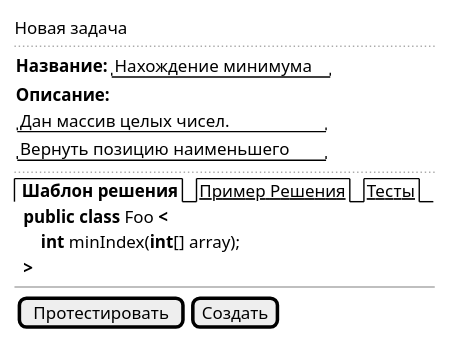
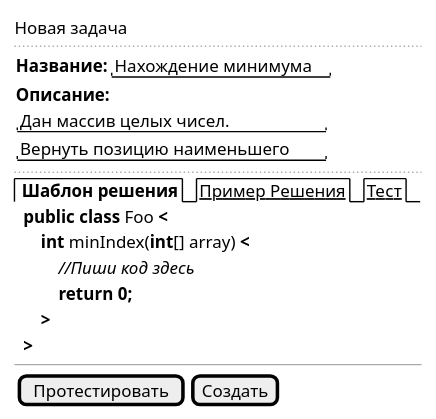
The diagram in design/ui/challenge/create.puml (Daemon712/foobarbaz-backend), drawn with PlantUML before and after one commit.

Commit message:
fix create challenge design

```diff
--- a/design/ui/challenge/create.puml
+++ b/design/ui/challenge/create.puml
@@ -1,20 +1,23 @@
 @startuml
 salt
 {
     Новая задача
     ..
     {
         <b>Название:|"Нахождение минимума"
         <b>Описание:|*
         "Дан массив целых чисел.    "|*
         "Вернуть позицию наименьшего"|*
     }
     ..
-    {/ <b> Шаблон решения | <u>Пример Решения | <u>Тесты }
+    {/ <b> Шаблон решения | <u>Пример Решения | <u>Тест }
     <b>  public class</b> Foo <b><
-    <b>      int</b> minIndex(<b>int</b>[] array);
+    <b>      int</b> minIndex(<b>int</b>[] array) <b><
+    <i>          //Пиши код здесь
+    <b>          return 0;
+    <b>      >
     <b>  >
     --
     {[Протестировать]|[Создать]}
 }
 @enduml
```
